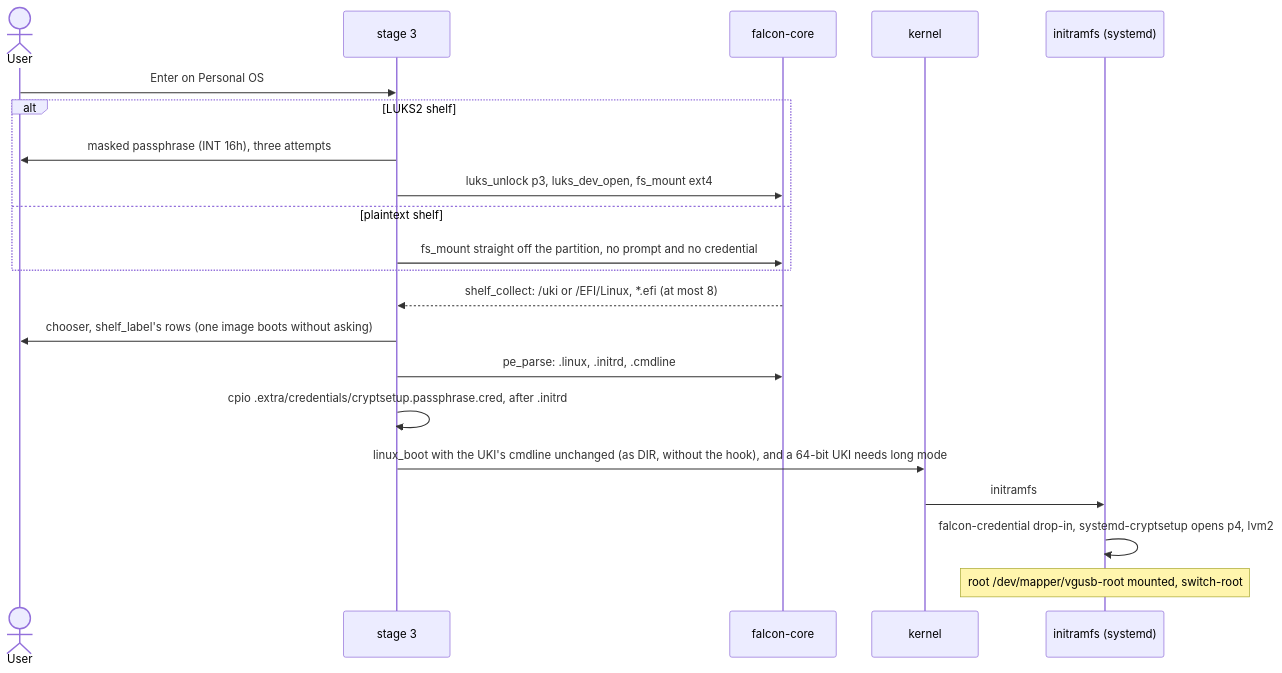
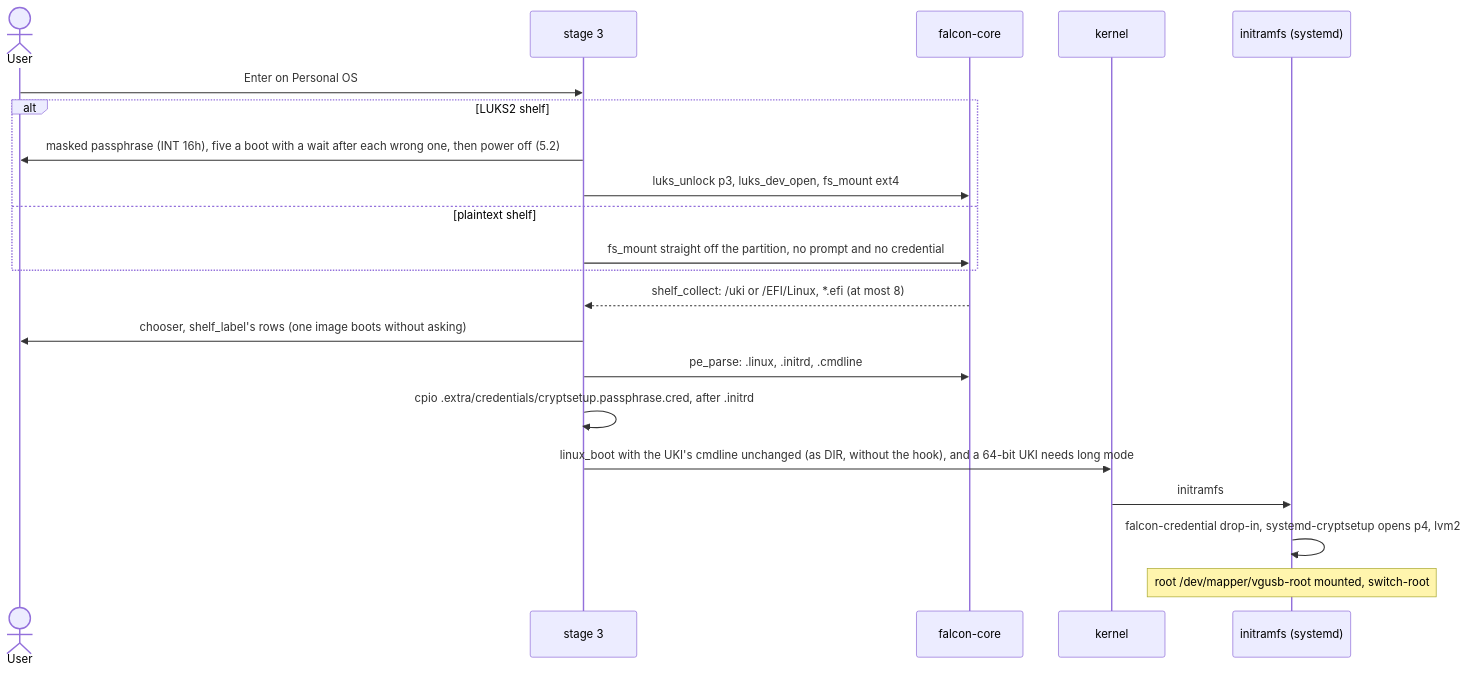
One commit to vifair22/falcon-boot changed diagram 17 of 24 in docs/DESIGN.md. Above: the diagram before and after it, drawn with Mermaid. The commit also changed other lines of this file and 18 other files, not shown here.

````diff
--- a/docs/DESIGN.md
+++ b/docs/DESIGN.md
@@ -3683,23 +3707,23 @@
 ```mermaid
 sequenceDiagram
     actor U as User
     participant L as stage 3
     participant FC as falcon-core
     participant K as kernel
     participant I as initramfs (systemd)
     U->>L: Enter on Personal OS
     alt LUKS2 shelf
-        L->>U: masked passphrase (INT 16h), three attempts
+        L->>U: masked passphrase (INT 16h), five a boot with a wait after each wrong one, then power off (5.2)
         L->>FC: luks_unlock p3, luks_dev_open, fs_mount ext4
     else plaintext shelf
         L->>FC: fs_mount straight off the partition, no prompt and no credential
     end
     FC-->>L: shelf_collect: /uki or /EFI/Linux, *.efi (at most 8)
     L->>U: chooser, shelf_label's rows (one image boots without asking)
     L->>FC: pe_parse: .linux, .initrd, .cmdline
     L->>L: cpio .extra/credentials/cryptsetup.passphrase.cred, after .initrd
     L->>K: linux_boot with the UKI's cmdline unchanged (as DIR, without the hook), and a 64-bit UKI needs long mode
     K->>I: initramfs
     I->>I: falcon-credential drop-in, systemd-cryptsetup opens p4, lvm2
     Note over I: root /dev/mapper/vgusb-root mounted, switch-root
 ```
````
